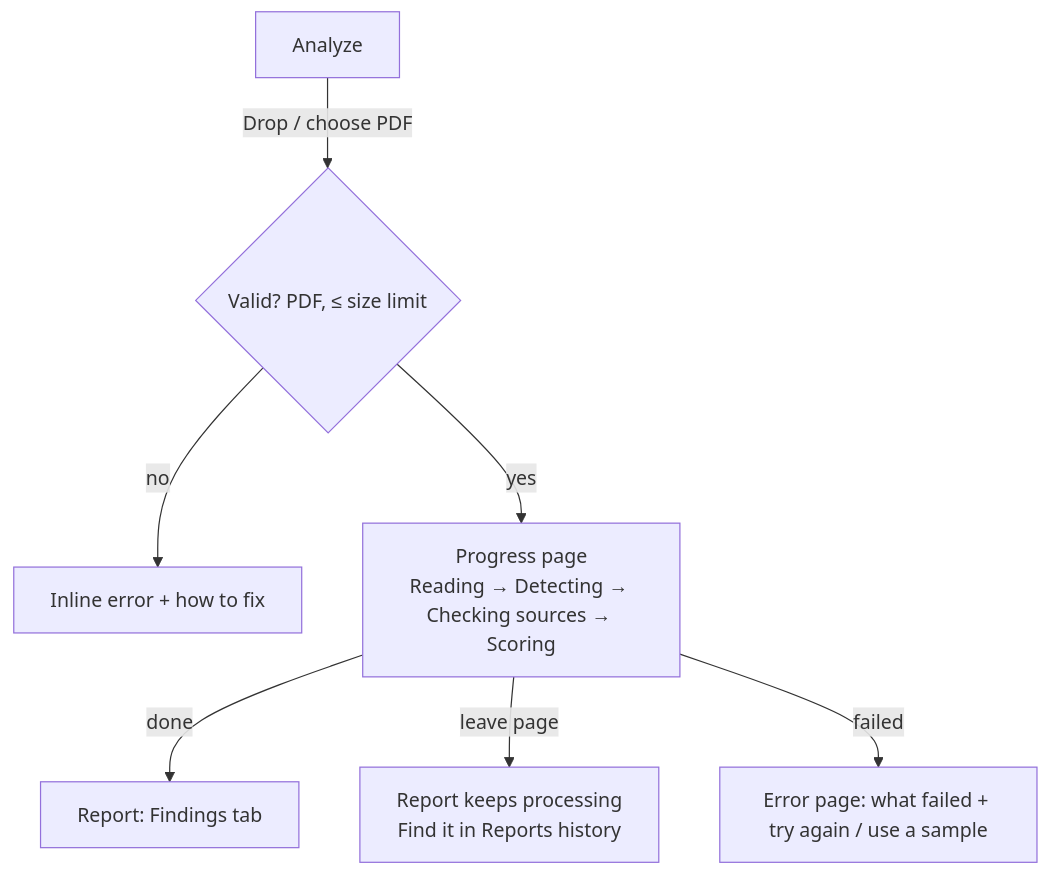
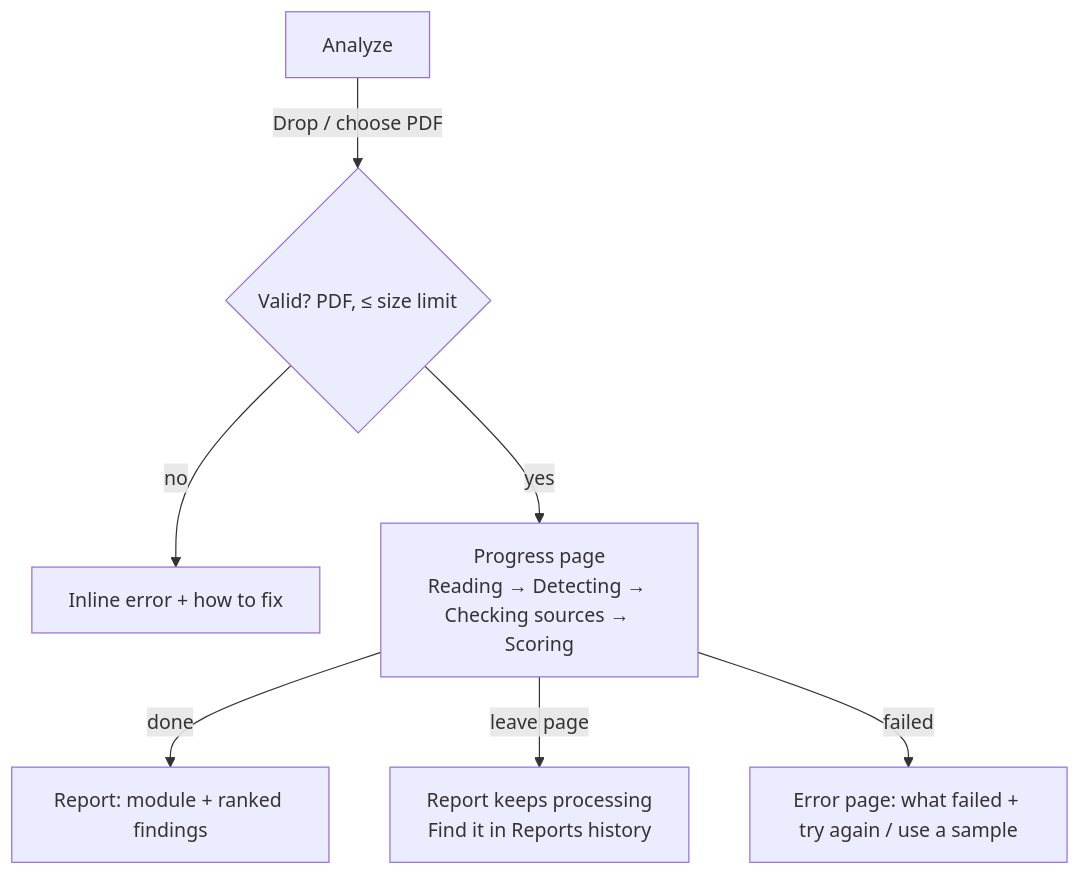
The second of 6 diagrams in docs/ux/key-flows.md (educ-jkescritor/GroundEd), drawn with Mermaid before and after one commit. The commit also changed 2 other files, not shown here.

Commit message:
Report layout: module and ranked findings side by side (replaces tabs)

````diff
--- a/docs/ux/key-flows.md
+++ b/docs/ux/key-flows.md
@@ -17,9 +17,9 @@
 ```mermaid
 flowchart TD
     A[Analyze] -->|Drop / choose PDF| V{Valid? PDF, ≤ size limit}
     V -- no --> E1[Inline error + how to fix]
     V -- yes --> P[Progress page<br/>Reading → Detecting → Checking sources → Scoring]
-    P -->|done| R[Report: Findings tab]
+    P -->|done| R[Report: module + ranked findings]
     P -->|leave page| N[Report keeps processing<br/>Find it in Reports history]
     P -->|failed| E2[Error page: what failed + try again / use a sample]
 ```
````
